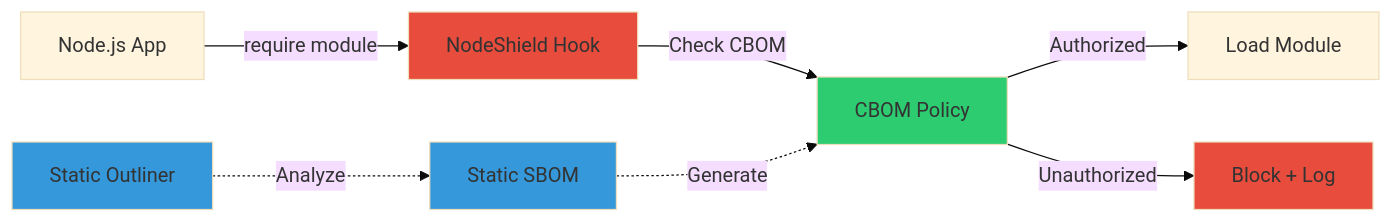
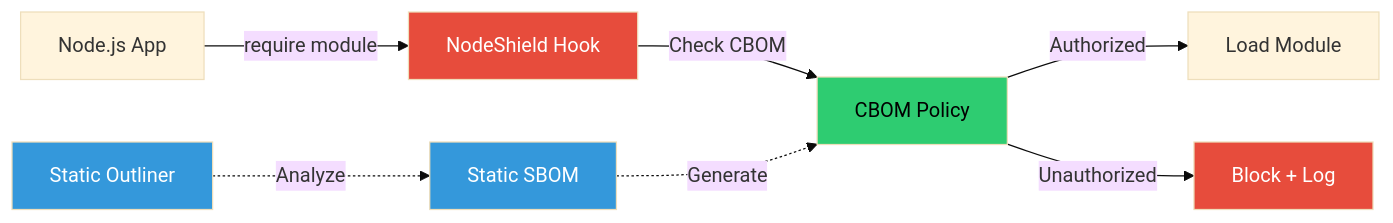
One commit to williamzujkowski/williamzujkowski.github.io changed the diagram in src/posts/2025-11-23-nodeshield-runtime-sbom-enforcement.md. Above: the diagram before and after it, drawn with Mermaid (base theme). The commit also changed 40 other files, not shown here.

First line of the commit message:
fix(blog): add explicit text color to all mermaid classDef/style (#171)

````diff
--- a/src/posts/2025-11-23-nodeshield-runtime-sbom-enforcement.md
+++ b/src/posts/2025-11-23-nodeshield-runtime-sbom-enforcement.md
@@ -53,18 +53,18 @@
 ```mermaid
 flowchart LR
     App[Node.js App] -->|require module| NSHook[NodeShield Hook]
     NSHook -->|Check CBOM| Policy[CBOM Policy]
     Policy -->|Authorized| Allow[Load Module]
     Policy -->|Unauthorized| Block[Block + Log]
 
     SBOM[Static SBOM] -.->|Generate| Policy
     Outliner[Static Outliner] -.->|Analyze| SBOM
 
-    classDef runtime fill:#e74c3c
-    classDef static fill:#3498db
-    classDef policy fill:#2ecc71
+    classDef runtime fill:#e74c3c,color:#fff
+    classDef static fill:#3498db,color:#fff
+    classDef policy fill:#2ecc71,color:#000
 
     class NSHook,Block runtime
     class SBOM,Outliner static
     class Policy policy
 ```
````
